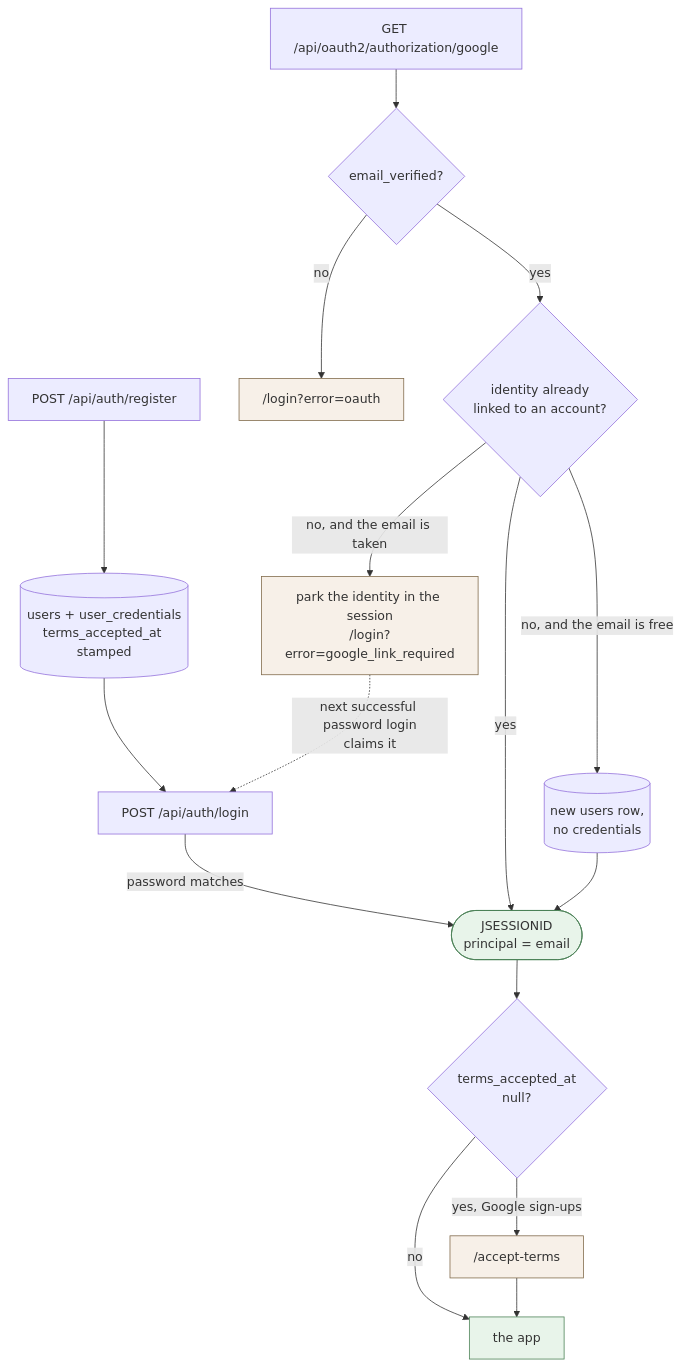
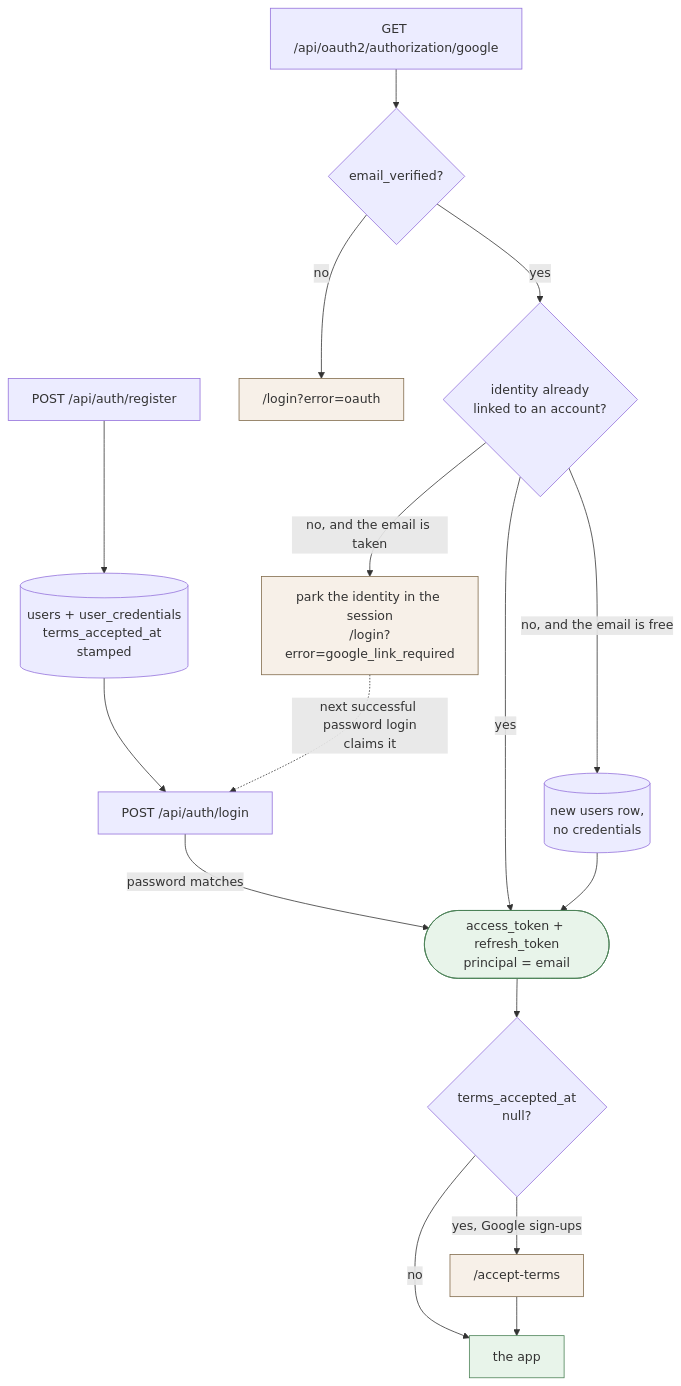
The first of 2 diagrams in backend/docs/auth.md (Yusuprozimemet/jobmatch-microservices), drawn with Mermaid before and after one commit. The commit also changed other lines of this file and 3 other files, not shown here.

First line of the commit message:
Docs: describe the token cookies Day 13 put in place of the session

````diff
--- a/backend/docs/auth.md
+++ b/backend/docs/auth.md
@@ -32,25 +34,25 @@
 ```mermaid
 flowchart TD
     REG["POST /api/auth/register"] --> ACC[("users + user_credentials<br/>terms_accepted_at stamped")]
     ACC --> LOGIN
 
-    LOGIN["POST /api/auth/login"] -->|"password matches"| SESSION(["JSESSIONID<br/>principal = email"])
+    LOGIN["POST /api/auth/login"] -->|"password matches"| SESSION(["access_token + refresh_token<br/>principal = email"])
 
     G["GET /api/oauth2/authorization/google"] --> VERIFY{"email_verified?"}
     VERIFY -->|"no"| FAIL["/login?error=oauth"]
     VERIFY -->|"yes"| KNOWN{"identity already<br/>linked to an account?"}
     KNOWN -->|"yes"| SESSION
     KNOWN -->|"no, and the email is free"| NEWACC[("new users row,<br/>no credentials")] --> SESSION
     KNOWN -->|"no, and the email is taken"| PARK["park the identity in the session<br/>/login?error=google_link_required"]
     PARK -.->|"next successful password login<br/>claims it"| LOGIN
 
     SESSION --> TERMS{"terms_accepted_at<br/>null?"}
     TERMS -->|"yes, Google sign-ups"| ACCEPT["/accept-terms"]
     TERMS -->|"no"| APP["the app"]
     ACCEPT --> APP
 
     classDef s fill:#e8f4ea,stroke:#4a8055
     classDef w fill:#f7f0e8,stroke:#806a4a
     class SESSION,APP s
     class PARK,FAIL,ACCEPT w
 ```
````
